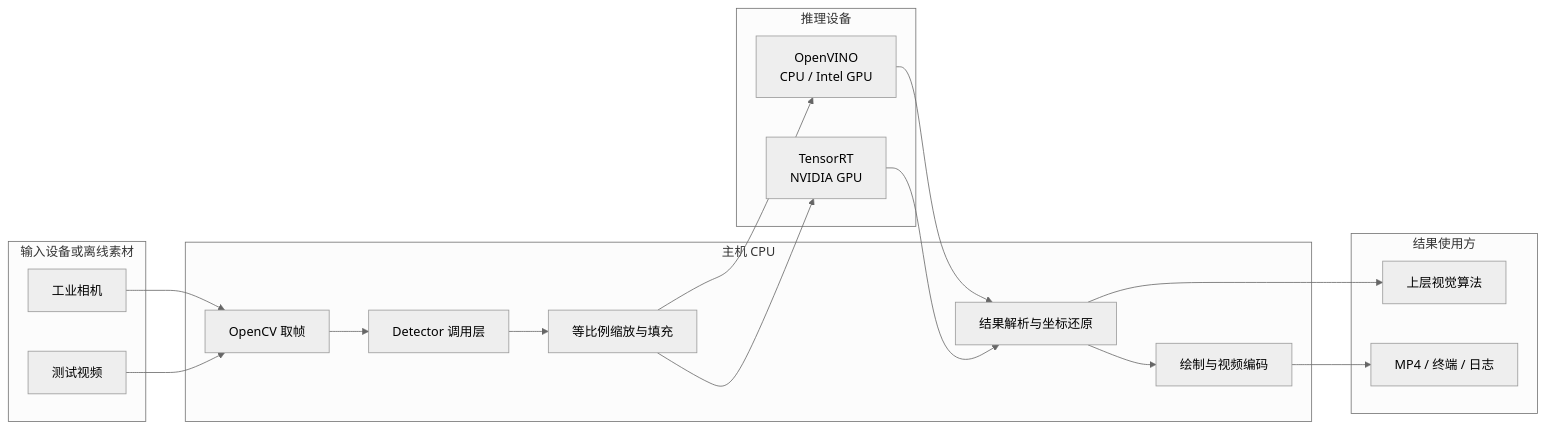
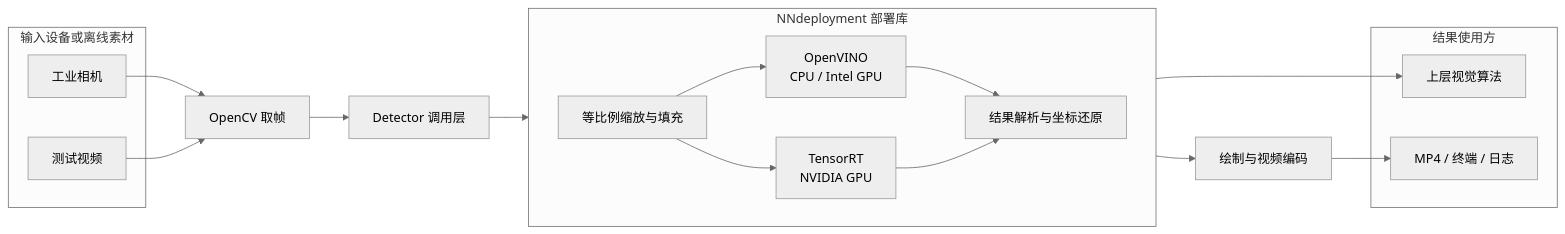
The first of 3 diagrams in README.md (SZURPVision/26_NNDeployment_Lib_and_Detection_Models), drawn with Mermaid (neutral theme) before and after one commit. The commit also changed other lines of this file and 2 other files, not shown here.

````diff
--- a/README.md
+++ b/README.md
@@ -91,35 +257,33 @@
 ```mermaid
 flowchart LR
     subgraph INPUT[输入设备或离线素材]
         A[工业相机]
         B[测试视频]
     end
 
-    subgraph HOST[主机 CPU]
-        C[OpenCV 取帧]
-        D[Detector 调用层]
+    C[OpenCV 取帧]
+    D[Detector 调用层]
+
+    subgraph LIB[NNdeployment 部署库]
+        direction LR
         E[等比例缩放与填充]
+        H[OpenVINO<br/>CPU / Intel GPU]
+        I[TensorRT<br/>NVIDIA GPU]
         F[结果解析与坐标还原]
-        G[绘制与视频编码]
+        E --> H --> F
+        E --> I --> F
     end
 
-    subgraph ACCELERATOR[推理设备]
-        H[OpenVINO<br/>CPU / Intel GPU]
-        I[TensorRT<br/>NVIDIA GPU]
-    end
+    G[绘制与视频编码]
 
     subgraph CONSUMER[结果使用方]
         J[上层视觉算法]
         K[MP4 / 终端 / 日志]
     end
 
     A --> C
     B --> C
     C --> D --> E
-    E --> H
-    E --> I
-    H --> F
-    I --> F
     F --> J
     F --> G --> K
 ```
````
